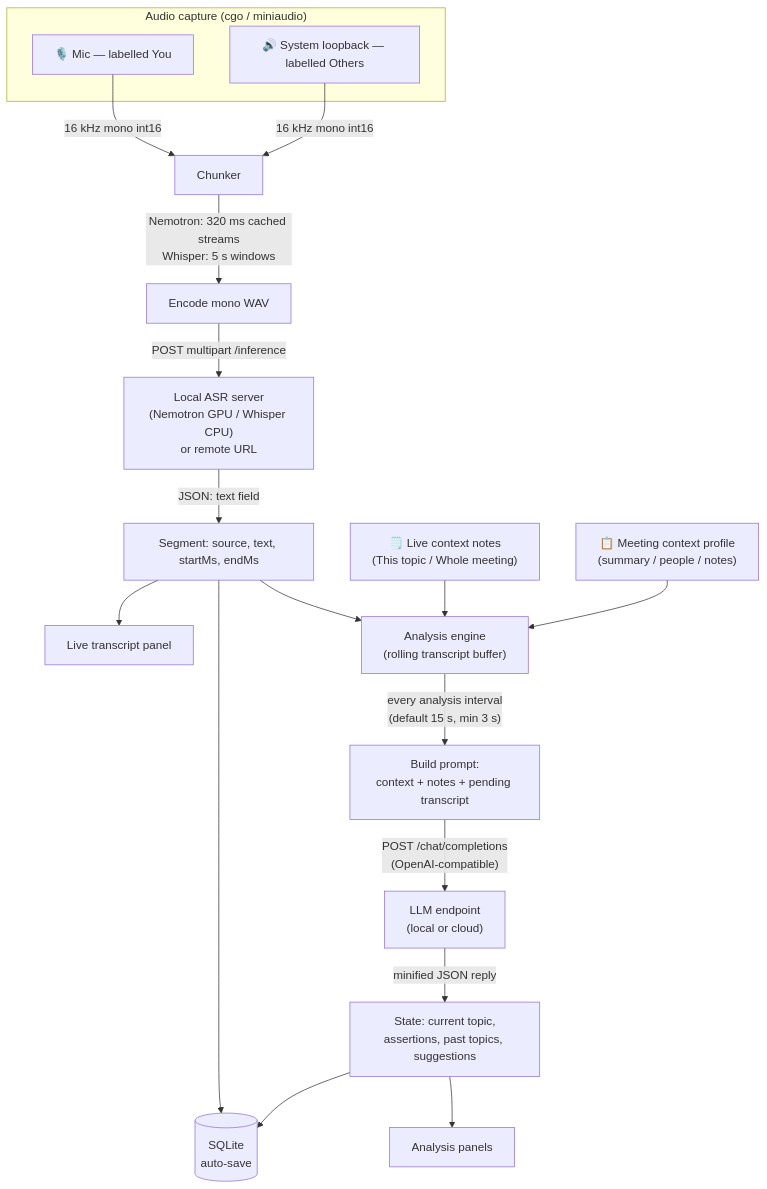
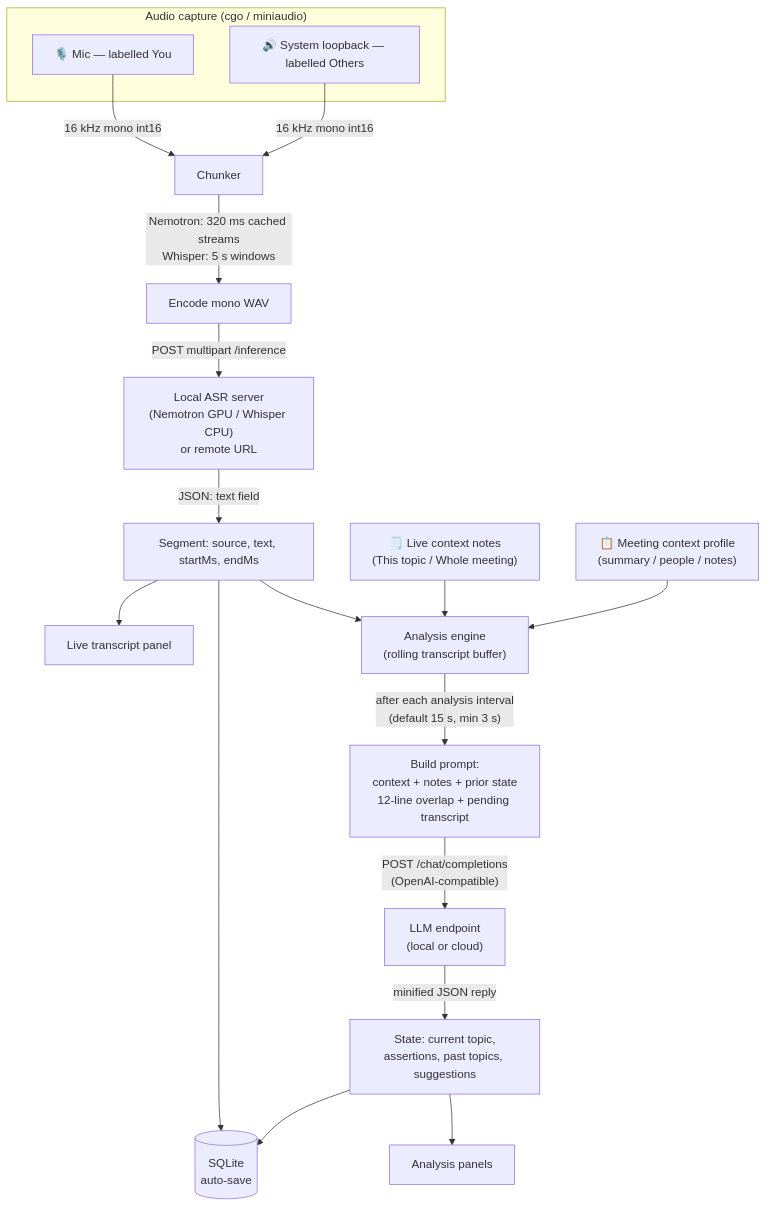
Before and after one commit to ridaken/Parley: the diagram in README.md, drawn with Mermaid. The commit also changed other lines of this file and 19 other files, not shown here.

Commit message:
Improve meeting dashboard and analysis context

````diff
--- a/README.md
+++ b/README.md
@@ -40,27 +40,27 @@
 ```mermaid
 flowchart TD
     subgraph Capture["Audio capture (cgo / miniaudio)"]
         MIC["🎙️ Mic — labelled You"]
         SYS["🔊 System loopback — labelled Others"]
     end
 
     MIC -->|"16 kHz mono int16"| CH["Chunker"]
     SYS -->|"16 kHz mono int16"| CH
 
     CH -->|"Nemotron: 320 ms cached streams<br/>Whisper: 5 s windows"| WAV["Encode mono WAV"]
     WAV -->|"POST multipart /inference"| WS["Local ASR server<br/>(Nemotron GPU / Whisper CPU)<br/>or remote URL"]
     WS -->|"JSON: text field"| SEG["Segment: source, text, startMs, endMs"]
 
     SEG --> UI1["Live transcript panel"]
     SEG --> DB[("SQLite<br/>auto-save")]
     SEG --> ENG["Analysis engine<br/>(rolling transcript buffer)"]
 
     NOTES["🗒️ Live context notes<br/>(This topic / Whole meeting)"] --> ENG
     PROFILE["📋 Meeting context profile<br/>(summary / people / notes)"] --> ENG
 
-    ENG -->|"every analysis interval<br/>(default 15 s, min 3 s)"| PROMPT["Build prompt:<br/>context + notes + pending transcript"]
+    ENG -->|"after each analysis interval<br/>(default 15 s, min 3 s)"| PROMPT["Build prompt:<br/>context + notes + prior state<br/>12-line overlap + pending transcript"]
     PROMPT -->|"POST /chat/completions<br/>(OpenAI-compatible)"| LLM["LLM endpoint<br/>(local or cloud)"]
     LLM -->|"minified JSON reply"| STATE["State: current topic,<br/>assertions, past topics, suggestions"]
     STATE --> UI2["Analysis panels"]
     STATE --> DB
 ```
````
